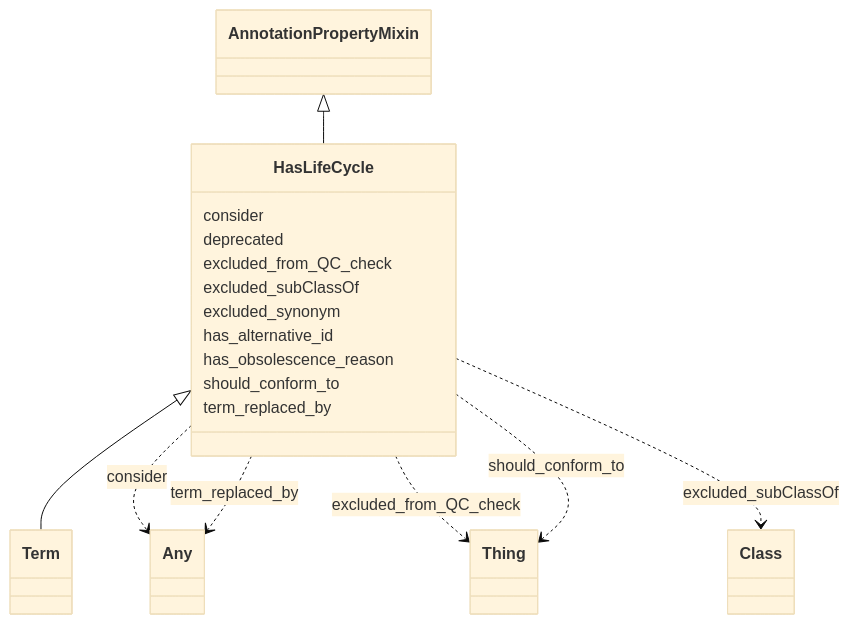
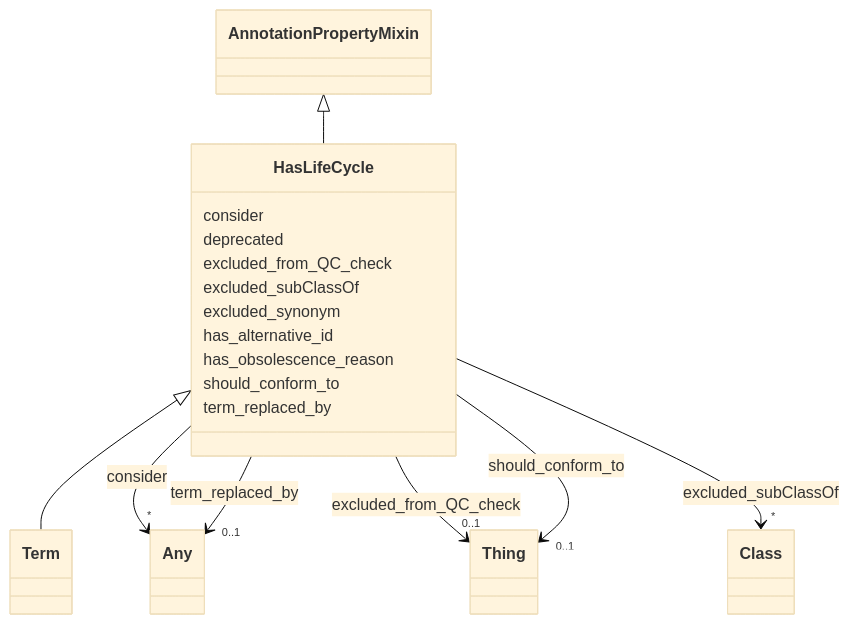
Before and after one commit to INCATools/ontology-access-kit: the diagram in docs/datamodels/ontology-metadata/HasLifeCycle.md, drawn with Mermaid (base theme). The commit also changed other lines of this file and 539 other files, not shown here.

````diff
--- a/docs/datamodels/ontology-metadata/HasLifeCycle.md
+++ b/docs/datamodels/ontology-metadata/HasLifeCycle.md
@@ -9,39 +14,67 @@
 ```{mermaid}
  classDiagram
     class HasLifeCycle
+    click HasLifeCycle href "../HasLifeCycle"
       AnnotationPropertyMixin <|-- HasLifeCycle
+        click AnnotationPropertyMixin href "../AnnotationPropertyMixin"
       
 
       HasLifeCycle <|-- Term
+        click Term href "../Term"
       
       
       HasLifeCycle : consider
         
-          HasLifeCycle ..> Any : consider
+          
+    
+    
+    HasLifeCycle --> "*" Any : consider
+    click Any href "../Any"
+
         
       HasLifeCycle : deprecated
         
       HasLifeCycle : excluded_from_QC_check
         
-          HasLifeCycle ..> Thing : excluded_from_QC_check
+          
+    
+    
+    HasLifeCycle --> "0..1" Thing : excluded_from_QC_check
+    click Thing href "../Thing"
+
         
       HasLifeCycle : excluded_subClassOf
         
-          HasLifeCycle ..> Class : excluded_subClassOf
+          
+    
+    
+    HasLifeCycle --> "*" Class : excluded_subClassOf
+    click Class href "../Class"
+
         
       HasLifeCycle : excluded_synonym
         
       HasLifeCycle : has_alternative_id
         
       HasLifeCycle : has_obsolescence_reason
         
       HasLifeCycle : should_conform_to
         
-          HasLifeCycle ..> Thing : should_conform_to
+          
+    
+    
+    HasLifeCycle --> "0..1" Thing : should_conform_to
+    click Thing href "../Thing"
+
         
       HasLifeCycle : term_replaced_by
         
-          HasLifeCycle ..> Any : term_replaced_by
+          
+    
+    
+    HasLifeCycle --> "0..1" Any : term_replaced_by
+    click Any href "../Any"
+
         
       
 ```
````
